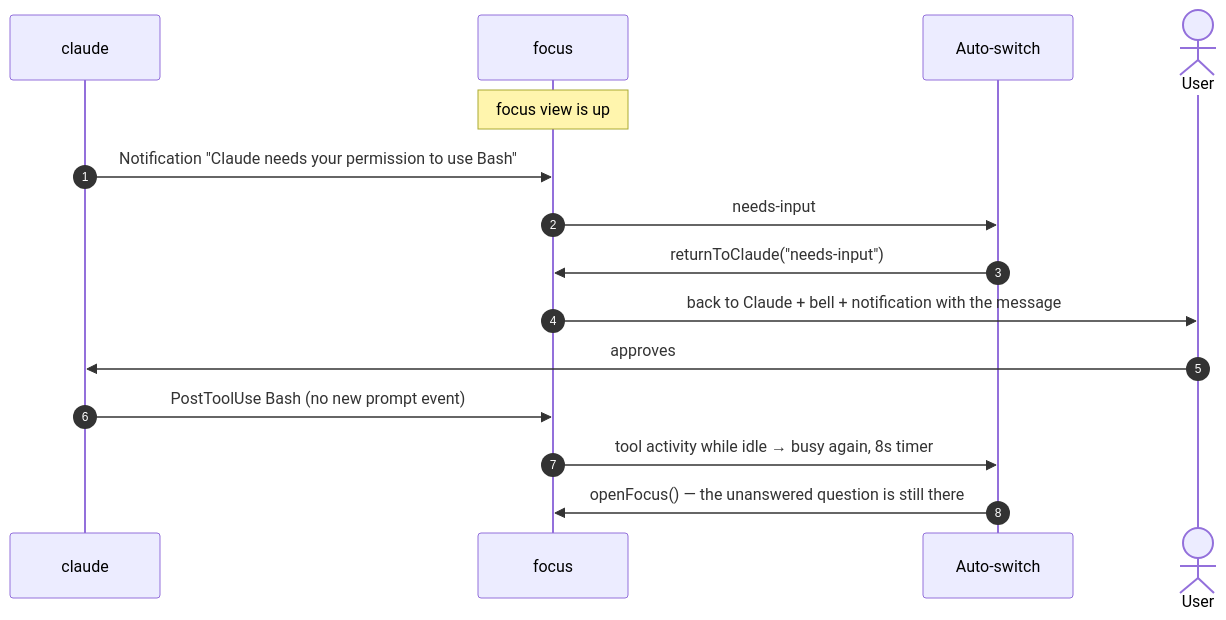
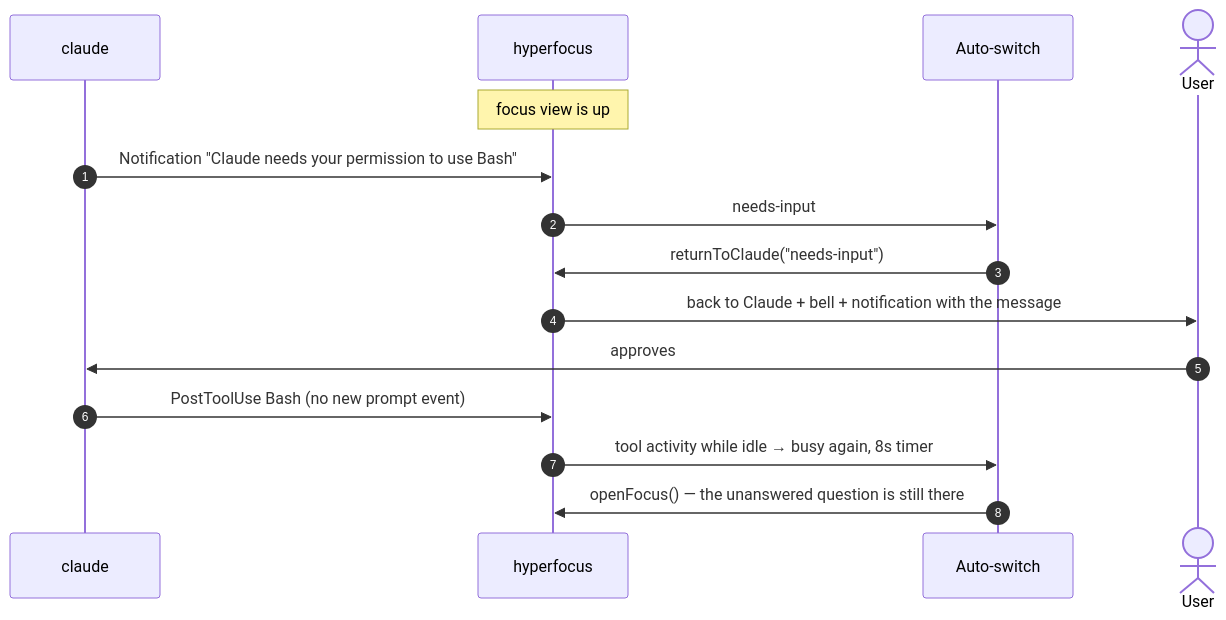
Before and after one commit to TEJASVISJAIN/hyperfocus: the sixth of 11 diagrams in docs/ARCHITECTURE.md, drawn with Mermaid. The commit also changed other lines of this file and 26 other files, not shown here.

````diff
--- a/docs/ARCHITECTURE.md
+++ b/docs/ARCHITECTURE.md
@@ -239,18 +239,18 @@
 ```mermaid
 sequenceDiagram
     autonumber
     participant C as claude
-    participant F as focus
+    participant F as hyperfocus
     participant P as Auto-switch
     actor U as User
 
     Note over F: focus view is up
     C->>F: Notification "Claude needs your permission to use Bash"
     F->>P: needs-input
     P->>F: returnToClaude("needs-input")
     F->>U: back to Claude + bell + notification with the message
     U->>C: approves
     C->>F: PostToolUse Bash (no new prompt event)
     F->>P: tool activity while idle → busy again, 8s timer
     P->>F: openFocus() — the unanswered question is still there
 ```
````
